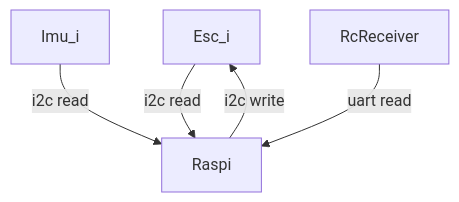
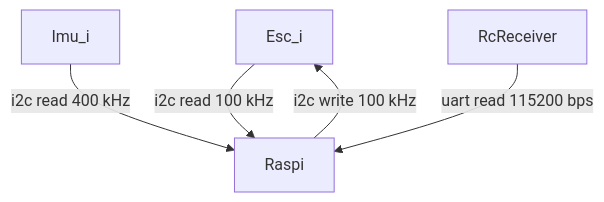
Before and after one commit to real-tintin/ugglan: the second of 2 diagrams in doc/source/drone.rst, drawn with Mermaid. The commit also changed other lines of this file and 1 other file, not shown here.

```diff
--- a/doc/source/drone.rst
+++ b/doc/source/drone.rst
@@ -144,8 +154,8 @@
 .. mermaid::
     :caption: Overview of the hardware devices connected to the Pi Zero and their respective protocols.
 
     graph TD
-        Esc_i -- i2c read --> Raspi
-        Raspi -- i2c write --> Esc_i
-        Imu_i -- i2c read --> Raspi
-        RcReceiver -- uart read --> Raspi
+        Esc_i -- i2c read 100 kHz --> Raspi
+        Raspi -- i2c write 100 kHz --> Esc_i
+        Imu_i -- i2c read 400 kHz --> Raspi
+        RcReceiver -- uart read 115200 bps --> Raspi
```
